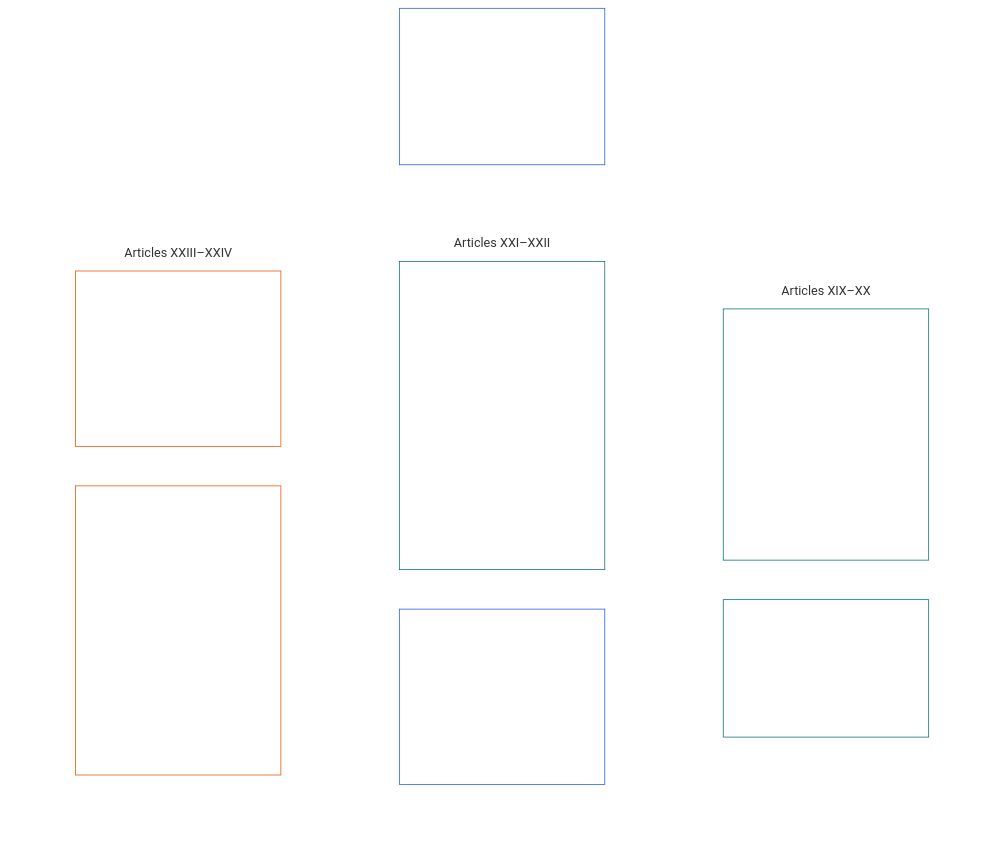
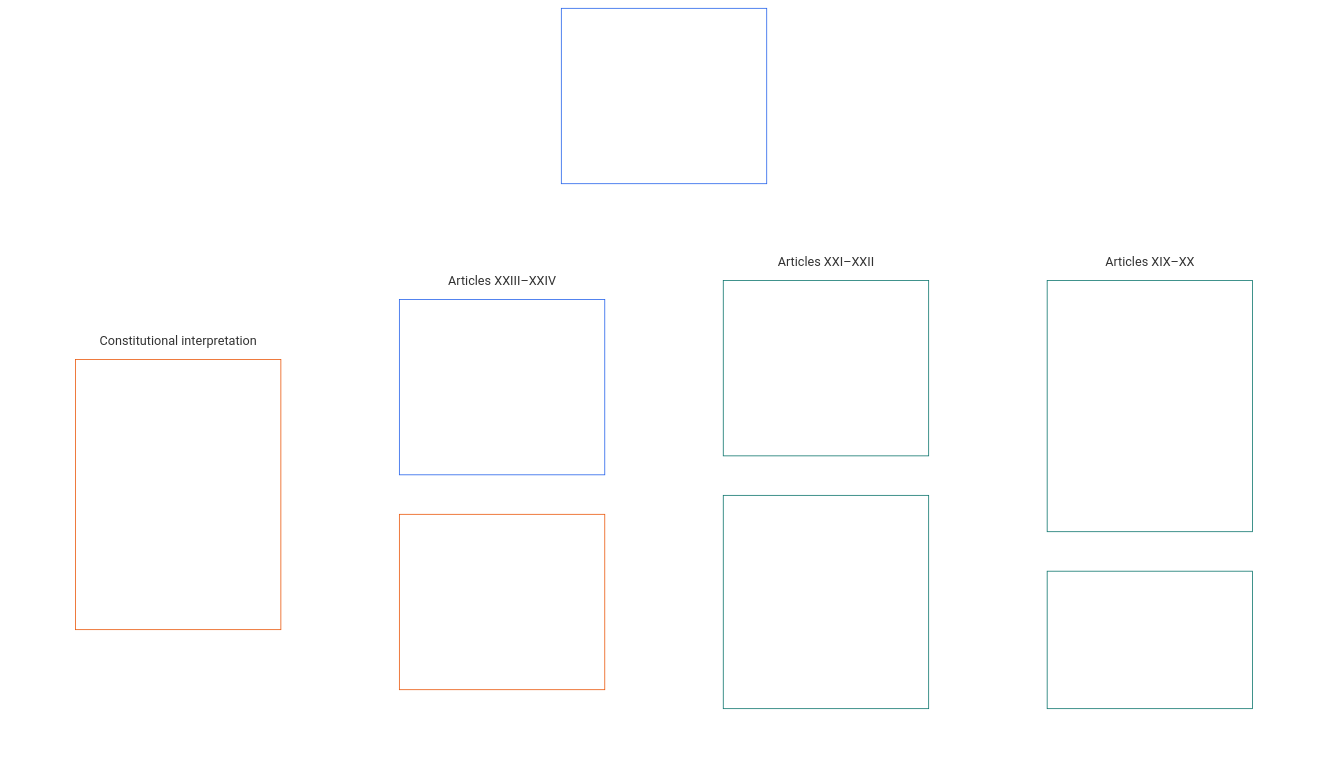
Before and after one commit to kfoelsch/Sentient_Constitution: the tenth of 24 diagrams in guides/CONCEPTUAL_OVERVIEW.md, drawn with Mermaid. The commit also changed other lines of this file and 120 other files, not shown here.

First line of the commit message:
docs(ch06): give Movement and Refuge its own Article XXII; renumber XXII-XXVII

````diff
--- a/guides/CONCEPTUAL_OVERVIEW.md
+++ b/guides/CONCEPTUAL_OVERVIEW.md
@@ -434,34 +434,40 @@
 ```mermaid
 flowchart TB
-    D0["Part D<br/><br/>Standing, justice, interoperability,<br/>comprehensibility, root-cause review, and constitutional interpretation"]
+    D0["Part D<br/><br/>Standing, justice, interoperability, movement and refuge,<br/>comprehensibility, root-cause review, and constitutional interpretation"]
     subgraph Dgrid[" "]
         direction TB
         subgraph Drow1["Articles XIX–XX"]
             direction LR
             D1["Article XIX · Standing and Participation Status<br/><br/>• Standing distinctions<br/>• Contestability and restriction limits<br/>• Contribution, competency bars, and named-pathway eligibility<br/>• Violations and standing locks<br/>• Voting and special locks"]
             D2["Article XX · Justice After Verified Violation<br/><br/>• Justice objective and scope<br/>• Restriction floors"]
         end
         subgraph Drow2["Articles XXI–XXII"]
             direction LR
-            D3["Article XXI · Interoperability, Portability, Movement, and Exit<br/><br/>• Portability<br/>• Reciprocal interoperability<br/>• Anti-lock-in<br/>• Open formats and standards<br/>• Movement and relocation<br/>• Refuge from non-compliance<br/>• Non-statelessness<br/>• Limitation, custody, and emergency discipline"]
-            D4["Article XXII · Comprehensibility and Complexity Stewardship<br/><br/>• Proportional comprehensibility<br/>• Complexity audit and modularity"]
+            D3["Article XXI · Interoperability, Portability, and Exit Integrity<br/><br/>• Portability<br/>• Reciprocal interoperability<br/>• Anti-lock-in<br/>• Open formats and standards"]
+            D4["Article XXII · Movement, Migration, Refuge, and Non-Statelessness<br/><br/>• Movement and relocation<br/>• Refuge from non-compliance<br/>• Non-statelessness<br/>• Limitation, custody, and emergency discipline"]
         end
         subgraph Drow3["Articles XXIII–XXIV"]
             direction LR
-            D5["Article XXIII · Root Cause Analysis and Adaptive Response<br/><br/>• Diagnostic rigor and causal attribution<br/>• Auditability, challenge, and reversibility"]
-            D6["Article XXIV · Constitutional Interpretation, Review, and Anti-Capture<br/><br/>• Bounded interpretive mandate and public reasons<br/>• Challenge rights and independent review<br/>• Forum independence and external review<br/>• Removal and non-entrenchment"]
+            D5["Article XXIII · Comprehensibility and Complexity Stewardship<br/><br/>• Proportional comprehensibility<br/>• Complexity audit and modularity"]
+            D6["Article XXIV · Root Cause Analysis and Adaptive Response<br/><br/>• Diagnostic rigor and causal attribution<br/>• Auditability, challenge, and reversibility"]
+        end
+        subgraph Drow4["Constitutional interpretation"]
+            direction LR
+            D7["Article XXV · Constitutional Interpretation, Review, and Anti-Capture<br/><br/>• Bounded interpretive mandate and public reasons<br/>• Challenge rights and independent review<br/>• Forum independence and external review<br/>• Removal and non-entrenchment"]
         end
     end
     D0 ~~~ Dgrid
     style Dgrid fill:none,stroke:none
     style Drow1 fill:none,stroke:none
     style Drow2 fill:none,stroke:none
     style Drow3 fill:none,stroke:none
+    style Drow4 fill:none,stroke:none
     style D0 fill:none,stroke:#2563eb,color:#ffffff
     style D1 fill:none,stroke:#0f766e,color:#ffffff
     style D2 fill:none,stroke:#0f766e,color:#ffffff
     style D3 fill:none,stroke:#0f766e,color:#ffffff
-    style D4 fill:none,stroke:#2563eb,color:#ffffff
-    style D5 fill:none,stroke:#ea580c,color:#ffffff
+    style D4 fill:none,stroke:#0f766e,color:#ffffff
+    style D5 fill:none,stroke:#2563eb,color:#ffffff
     style D6 fill:none,stroke:#ea580c,color:#ffffff
+    style D7 fill:none,stroke:#ea580c,color:#ffffff
 ```
````
